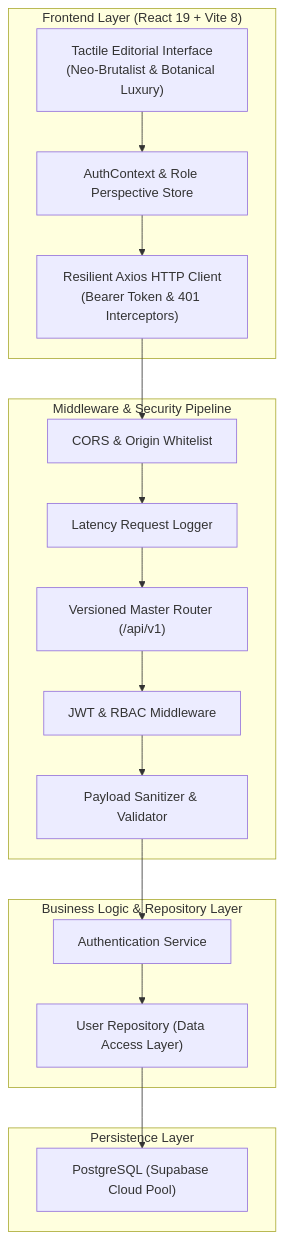
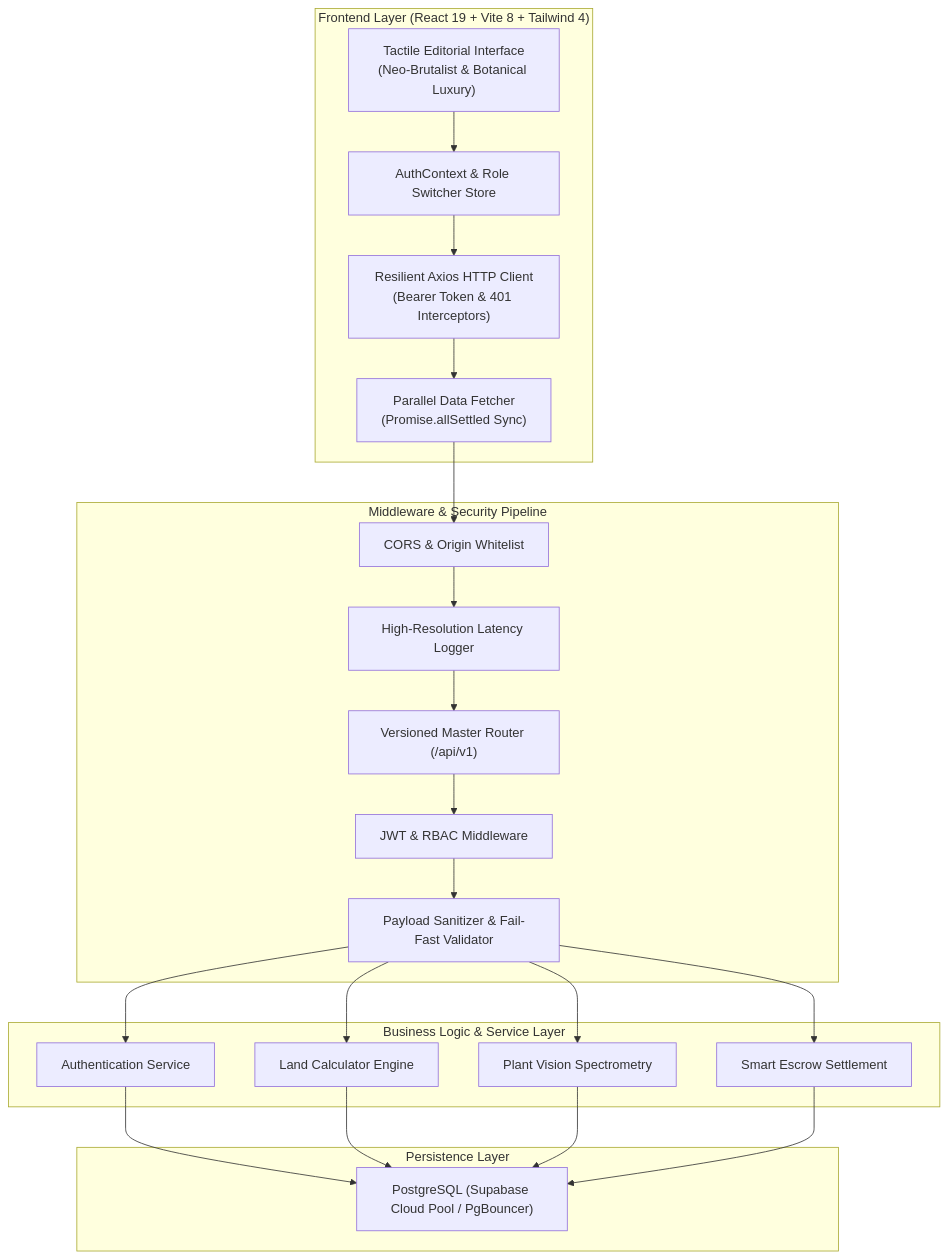
The first of 2 diagrams in README.md (adyvka31/TerasTani), drawn with Mermaid before and after one commit. The commit also changed other lines of this file and 8 other files, not shown here.

Commit message:
refactor: edit README by adding .env contents in both backend and frontend + add loading state for all features

````diff
--- a/README.md
+++ b/README.md
@@ -60,35 +156,44 @@
 ```mermaid
 graph TD
-    subgraph Client ["Frontend Layer (React 19 + Vite 8)"]
+    subgraph Client ["Frontend Layer (React 19 + Vite 8 + Tailwind 4)"]
         UI["Tactile Editorial Interface<br/>(Neo-Brutalist & Botanical Luxury)"]
-        CTX["AuthContext & Role Perspective Store"]
+        CTX["AuthContext & Role Switcher Store"]
         CLIENT["Resilient Axios HTTP Client<br/>(Bearer Token & 401 Interceptors)"]
+        PARALLEL["Parallel Data Fetcher<br/>(Promise.allSettled Sync)"]
         UI --> CTX
         CTX --> CLIENT
+        CLIENT --> PARALLEL
     end
 
     subgraph Gateway ["Middleware & Security Pipeline"]
         CORS["CORS & Origin Whitelist"]
-        LOGGER["Latency Request Logger"]
+        LOGGER["High-Resolution Latency Logger"]
         ROUTER["Versioned Master Router (/api/v1)"]
         AUTH_MW["JWT & RBAC Middleware"]
-        VALID_MW["Payload Sanitizer & Validator"]
-        CLIENT --> CORS
+        VALID_MW["Payload Sanitizer & Fail-Fast Validator"]
+        PARALLEL --> CORS
         CORS --> LOGGER
         LOGGER --> ROUTER
         ROUTER --> AUTH_MW
         AUTH_MW --> VALID_MW
     end
 
-    subgraph ServiceLayer ["Business Logic & Repository Layer"]
+    subgraph ServiceLayer ["Business Logic & Service Layer"]
         AUTH_SVC["Authentication Service"]
-        USER_REPO["User Repository (Data Access Layer)"]
+        CALC_SVC["Land Calculator Engine"]
+        VISION_SVC["Plant Vision Spectrometry"]
+        ESCROW_SVC["Smart Escrow Settlement"]
         VALID_MW --> AUTH_SVC
-        AUTH_SVC --> USER_REPO
+        VALID_MW --> CALC_SVC
+        VALID_MW --> VISION_SVC
+        VALID_MW --> ESCROW_SVC
     end
 
     subgraph DatabaseLayer ["Persistence Layer"]
-        PG["PostgreSQL (Supabase Cloud Pool)"]
-        USER_REPO --> PG
+        PG["PostgreSQL (Supabase Cloud Pool / PgBouncer)"]
+        AUTH_SVC --> PG
+        CALC_SVC --> PG
+        VISION_SVC --> PG
+        ESCROW_SVC --> PG
     end
 ```
````
